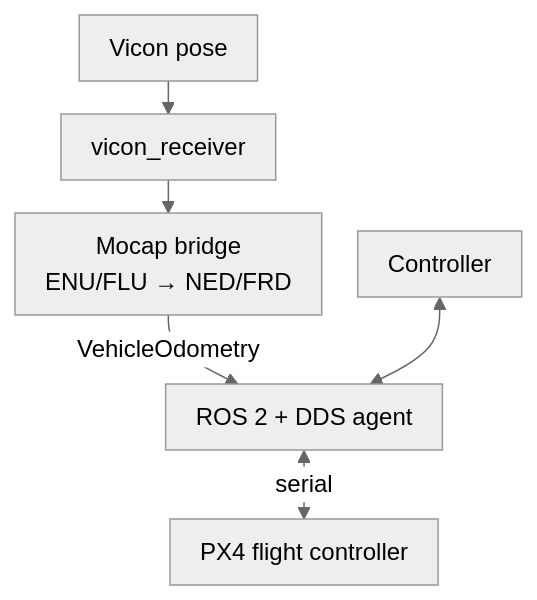
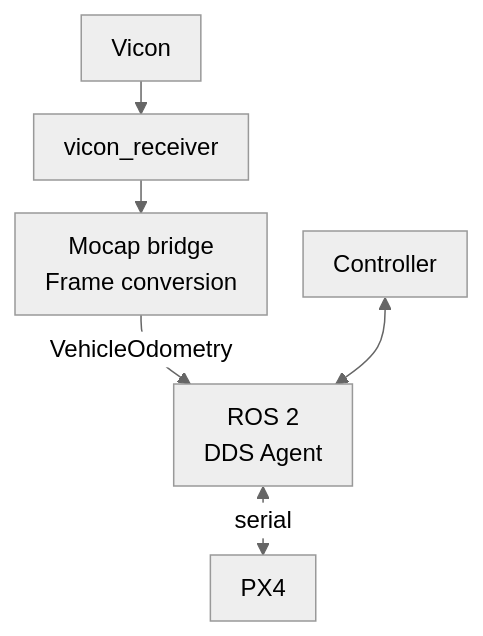
One commit to ANCL/px4-dev-toolkit changed the diagram in docs/environments/hardware.md. Above: the diagram before and after it, drawn with Mermaid (neutral theme). The commit also changed other lines of this file and 31 other files, not shown here.

````diff
--- a/docs/environments/hardware.md
+++ b/docs/environments/hardware.md
@@ -13,17 +18,17 @@
 ```mermaid
 ---
 config:
   flowchart:
-    useMaxWidth: false
+    useMaxWidth: true
     wrappingWidth: 180
     padding: 10
     rankSpacing: 22
     nodeSpacing: 24
 ---
 flowchart TB
-    V["Vicon pose"] --> VR["vicon_receiver"]
-    VR --> B["Mocap bridge<br/>ENU/FLU → NED/FRD"]
-    B -->|VehicleOdometry| X["ROS 2 + DDS agent"]
-    X <-->|serial| P["PX4 flight controller"]
+    V["Vicon"] --> VR["vicon_receiver"]
+    VR --> B["Mocap bridge<br/>Frame conversion"]
+    B -->|VehicleOdometry| X["ROS 2<br/>DDS Agent"]
+    X <-->|serial| P["PX4"]
     C["Controller"] <--> X
 ```
````
